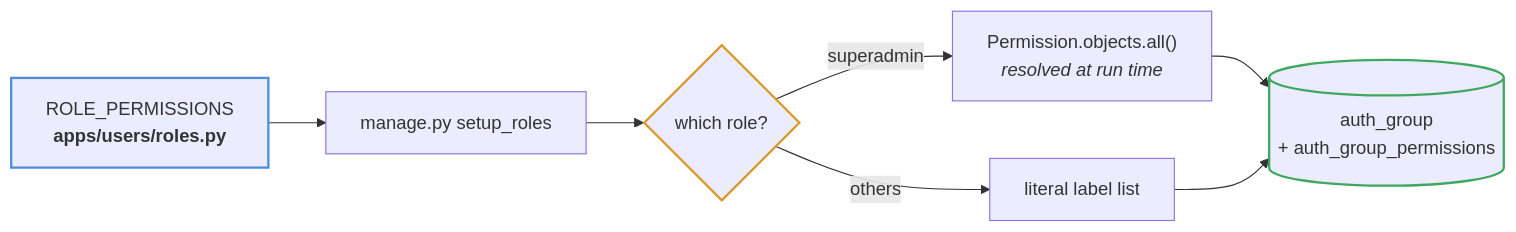
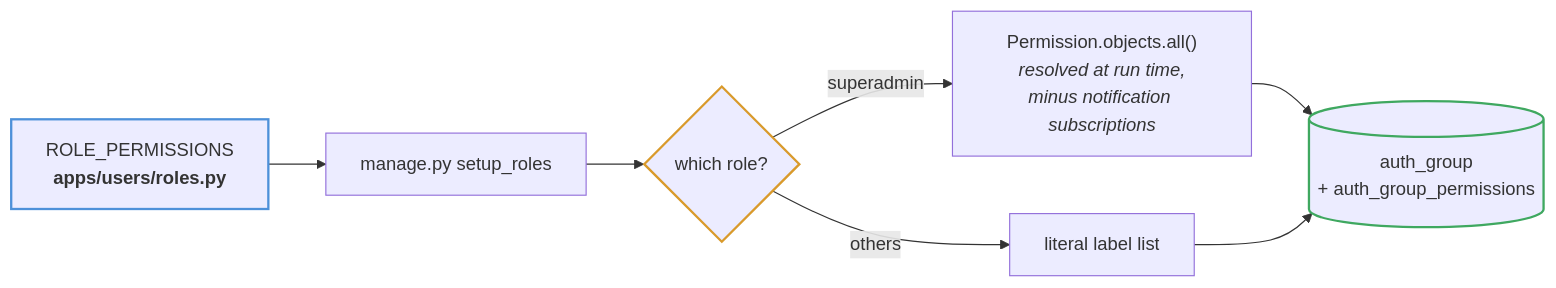
Before and after one commit to TGCTZ/TGC-SERVICE-BACKEND: the fourth of 6 diagrams in docs/diagrams/permissions.md, drawn with Mermaid. The commit also changed other lines of this file and 24 other files, not shown here.

````diff
--- a/docs/diagrams/permissions.md
+++ b/docs/diagrams/permissions.md
@@ -97,13 +97,13 @@
 ```mermaid
 flowchart LR
     CODE["ROLE_PERMISSIONS<br/><b>apps/users/roles.py</b>"] --> CMD["manage.py setup_roles"]
     CMD --> RESOLVE{"which role?"}
-    RESOLVE -->|superadmin| DYN["Permission.objects.all()<br/><i>resolved at run time</i>"]
+    RESOLVE -->|superadmin| DYN["Permission.objects.all()<br/><i>resolved at run time,<br/>minus notification subscriptions</i>"]
     RESOLVE -->|others| LIT["literal label list"]
     DYN --> GROUPS[("auth_group<br/>+ auth_group_permissions")]
     LIT --> GROUPS
 
     style CODE stroke:#4d90d9,stroke-width:2px
     style RESOLVE stroke:#d99a2b,stroke-width:2px
     style GROUPS stroke:#3fa860,stroke-width:2px
 ```
````
